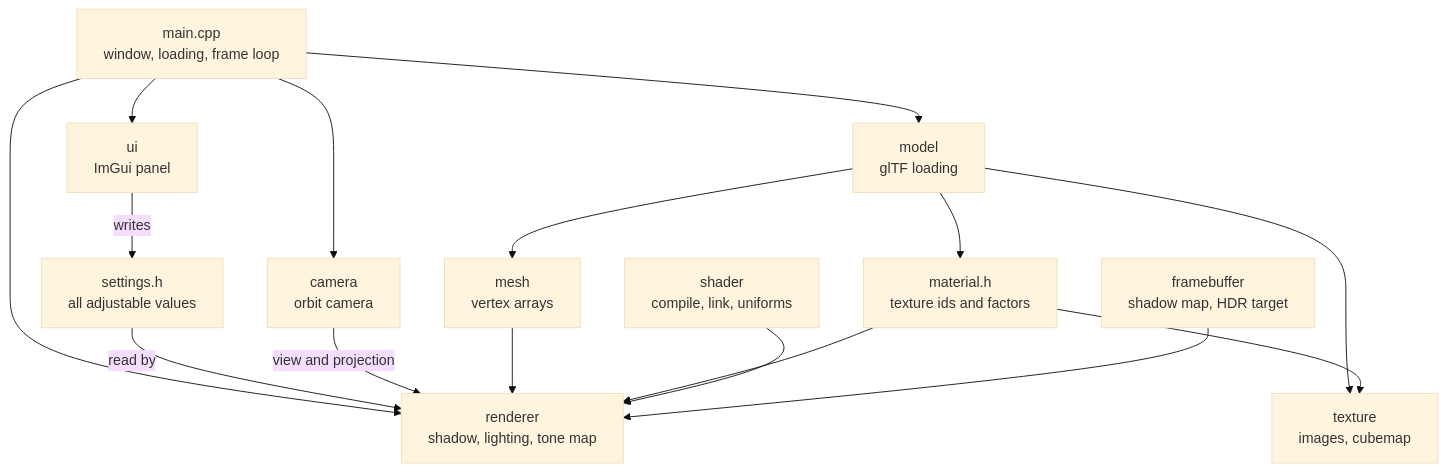
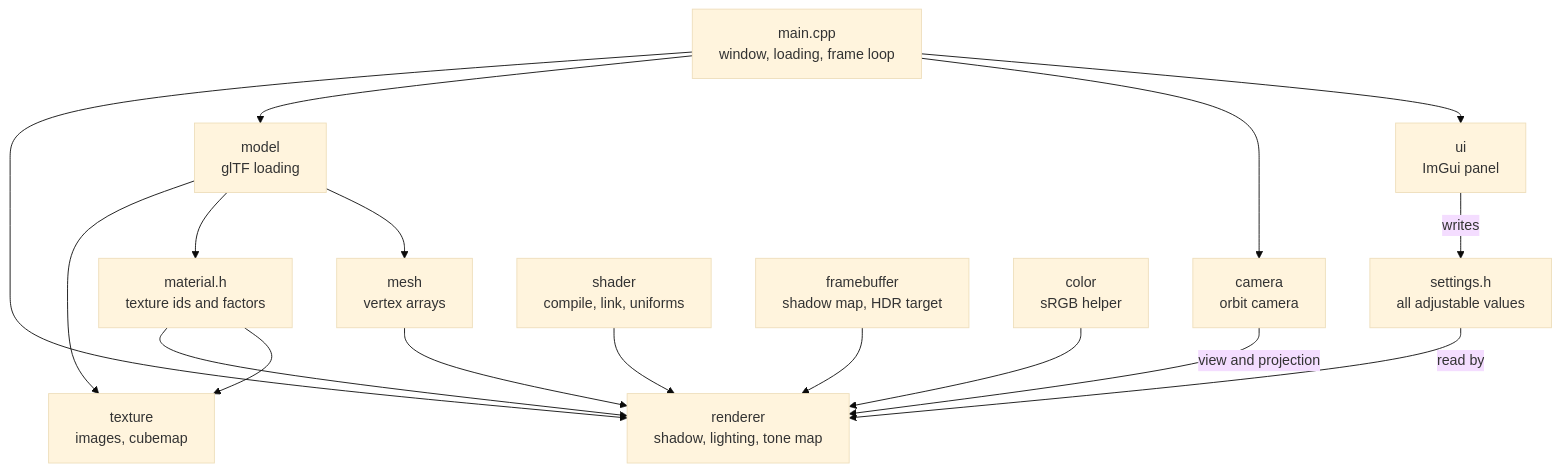
Before and after one commit to licurasj/hybrid-npr-pbr: the first of 2 diagrams in docs/architecture.md, drawn with Mermaid (base theme). The commit also changed other lines of this file and 21 other files, not shown here.

````diff
--- a/docs/architecture.md
+++ b/docs/architecture.md
@@ -36,30 +37,32 @@
 ```mermaid
 flowchart TD
   main[main.cpp<br/>window, loading, frame loop]
   ui[ui<br/>ImGui panel]
   settings[settings.h<br/>all adjustable values]
   camera[camera<br/>orbit camera]
   model[model<br/>glTF loading]
   texture[texture<br/>images, cubemap]
   mesh[mesh<br/>vertex arrays]
   material[material.h<br/>texture ids and factors]
   shader[shader<br/>compile, link, uniforms]
   framebuffer[framebuffer<br/>shadow map, HDR target]
+  color[color<br/>sRGB helper]
   renderer[renderer<br/>shadow, lighting, tone map]
 
   main --> ui
   main --> camera
   main --> model
   main --> renderer
   ui -->|writes| settings
   settings -->|read by| renderer
   camera -->|view and projection| renderer
   model --> mesh
   model --> material
   model --> texture
   material --> texture
   mesh --> renderer
   material --> renderer
   shader --> renderer
   framebuffer --> renderer
+  color --> renderer
 ```
````
